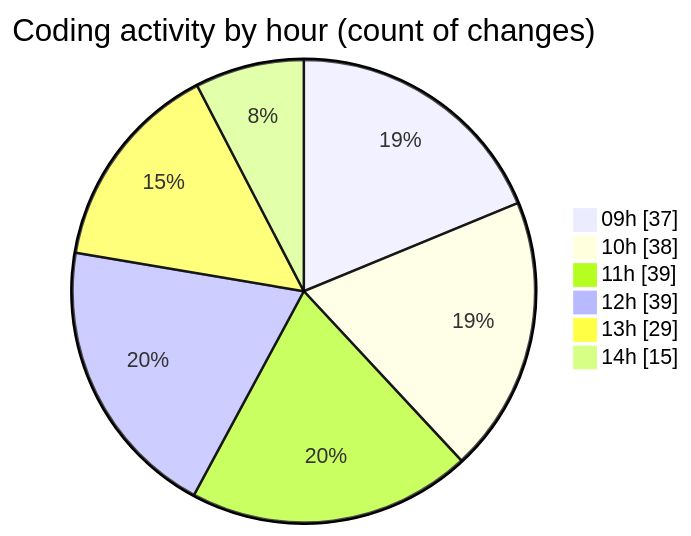
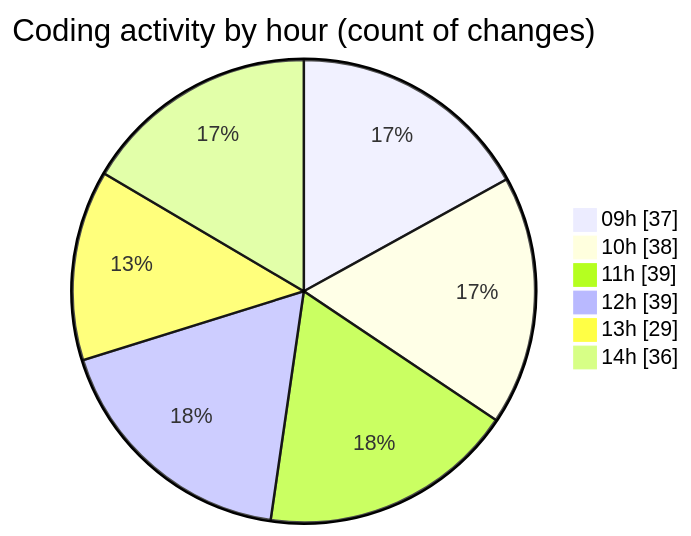
One commit to momahboobian/code-tracking changed the second of 2 diagrams in 2025-02-12/cda/README.md. Above: the diagram before and after it, drawn with Mermaid. The commit also changed other lines of this file and 1 other file, not shown here.

````diff
--- a/2025-02-12/cda/README.md
+++ b/2025-02-12/cda/README.md
@@ -37,10 +37,10 @@
 ```mermaid
 pie showData
 title Coding activity by hour (count of changes)
 "09h" : 37
 "10h" : 38
 "11h" : 39
 "12h" : 39
 "13h" : 29
-"14h" : 15
+"14h" : 36
 ```
````
